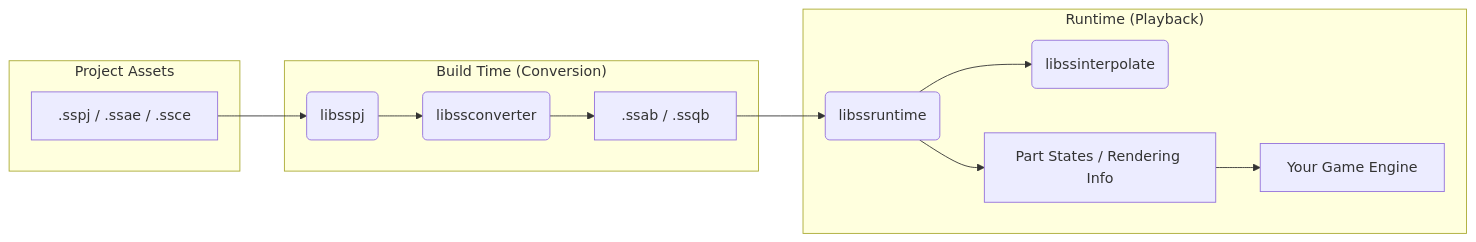
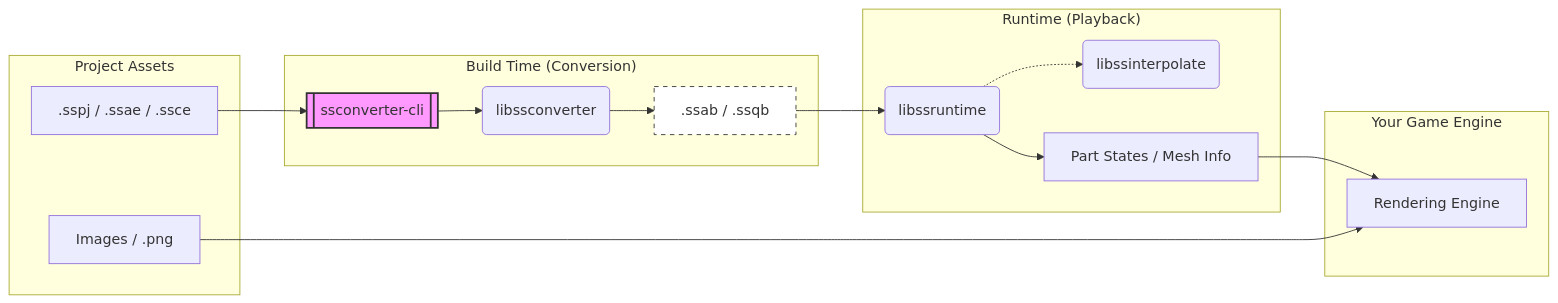
One commit to cri-middleware/SpriteStudio-SDK changed the diagram in README.md. Above: the diagram before and after it, drawn with Mermaid. The commit also changed other lines of this file and 4 other files, not shown here.

Commit message:
improve mermaid figures

````diff
--- a/README.md
+++ b/README.md
@@ -12,19 +12,29 @@
 ```mermaid
 graph LR
-    subgraph "Project Assets"
-        A[.sspj / .ssae / .ssce]
+    subgraph Assets ["Project Assets"]
+        SS[".sspj / .ssae / .ssce"]
+        IMG["Images / .png"]
     end
 
-    subgraph "Build Time (Conversion)"
-        A --> B(libsspj)
-        B --> C(libssconverter)
-        C --> D[.ssab / .ssqb]
+    subgraph Conversion ["Build Time (Conversion)"]
+        CLI[["ssconverter-cli"]]
+        CONV("libssconverter")
+        SS --> CLI
+        CLI --> CONV
+        CONV --> BIN[".ssab / .ssqb"]
     end
 
-    subgraph "Runtime (Playback)"
-        D --> E(libssruntime)
-        E --> F(libssinterpolate)
-        E --> G[Part States / Rendering Info]
-        G --> H[Your Game Engine]
+    subgraph Runtime ["Runtime (Playback)"]
+        BIN --> RT("libssruntime")
+        RT -.-> INT("libssinterpolate")
+        RT --> STATE["Part States / Mesh Info"]
     end
+
+    subgraph Engine ["Your Game Engine"]
+        STATE --> REND["Rendering Engine"]
+        IMG --> REND
+    end
+
+    style CLI fill:#f9f,stroke:#333,stroke-width:2px
+    style BIN fill:#fff,stroke:#333,stroke-dasharray: 5 5
 ```
````
